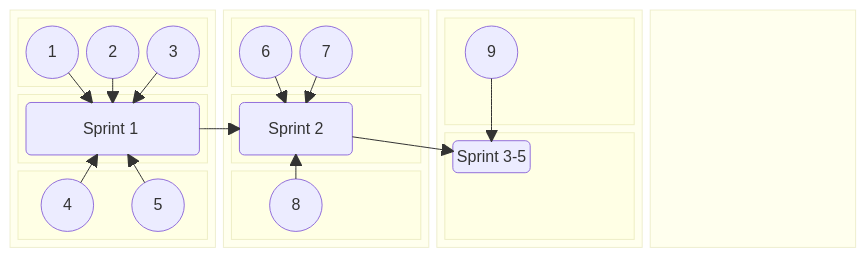
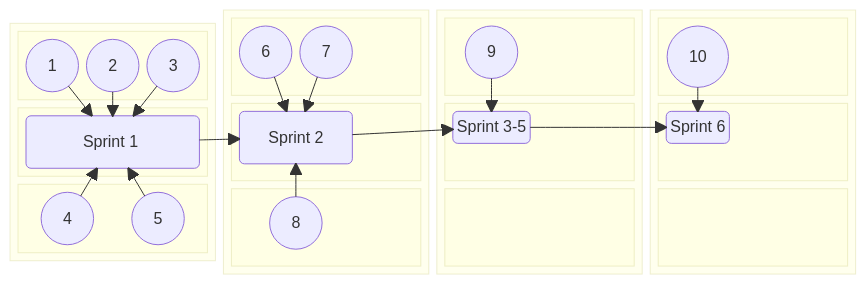
One commit to jdmedlock/mermaid_testing changed the second of 2 diagrams in README.md. Above: the diagram before and after it, drawn with Mermaid.

Commit message:
Feature: Add annotations to test layout

````diff
--- a/README.md
+++ b/README.md
@@ -90,70 +90,76 @@
 ```mermaid
   block-beta
     columns 4
     block:B1:1
       columns 1
       block:B1TOP
         A1(("&nbsp;&nbsp;&nbsp; 1 &nbsp;&nbsp;&nbsp;"))
         A2(("&nbsp;&nbsp;&nbsp; 2 &nbsp;&nbsp;&nbsp;"))
         A3(("&nbsp;&nbsp;&nbsp; 3 &nbsp;&nbsp;&nbsp;"))
       end
       block:B1CENTER
         SPRINT1("Sprint 1&nbsp;")
       end
       block:B1BOTTOM
         A4(("&nbsp;&nbsp;&nbsp; 4 &nbsp;&nbsp;&nbsp;"))
         A5(("&nbsp;&nbsp;&nbsp; 5 &nbsp;&nbsp;&nbsp;"))
       end
       A1 ----> SPRINT1
       A2 ----> SPRINT1
       A3 ----> SPRINT1
       A4 ----> SPRINT1
       A5 ----> SPRINT1
     end
 
     block:B2:1
       columns 1
       block:B2TOP
         A6(("&nbsp;&nbsp;&nbsp; 6 &nbsp;&nbsp;&nbsp;"))
         A7(("&nbsp;&nbsp;&nbsp; 7 &nbsp;&nbsp;&nbsp;"))
       end
       block:B2CENTER
         SPRINT2("Sprint 2")
       end
       block:B2BOTTOM
         A8(("&nbsp;&nbsp;&nbsp; 8 &nbsp;&nbsp;&nbsp;"))
       end
       A6 ----> SPRINT2
       A7 ----> SPRINT2
       A8 ----> SPRINT2
     end
 
     block:B3:1
       columns 1
       block:B3TOP
         A9(("&nbsp;&nbsp;&nbsp; 9 &nbsp;&nbsp;&nbsp;"))
       end
       block:B3CENTER
         SPRINTS35("Sprint 3-5")
       end
+      block:B3BOTTOM
+        space
+      end
 
       A9 ----> SPRINTS35
     end
 
     block:B4:1
       columns 1
-      block:B3TOP
+      block:B4TOP
         A10(("&nbsp;&nbsp;&nbsp; 10 &nbsp;&nbsp;&nbsp;"))
       end
-      block:B3CENTER
+      block:B4CENTER
         SPRINT6("Sprint 6")
+      end
+      block:B4BOTTOM
+        space
       end
 
       A10 ----> SPRINT6
     end
 
     SPRINT1 --> SPRINT2
     SPRINT2 --> SPRINTS35
     SPRINTS35 --> SPRINT6
 
 ```
````
